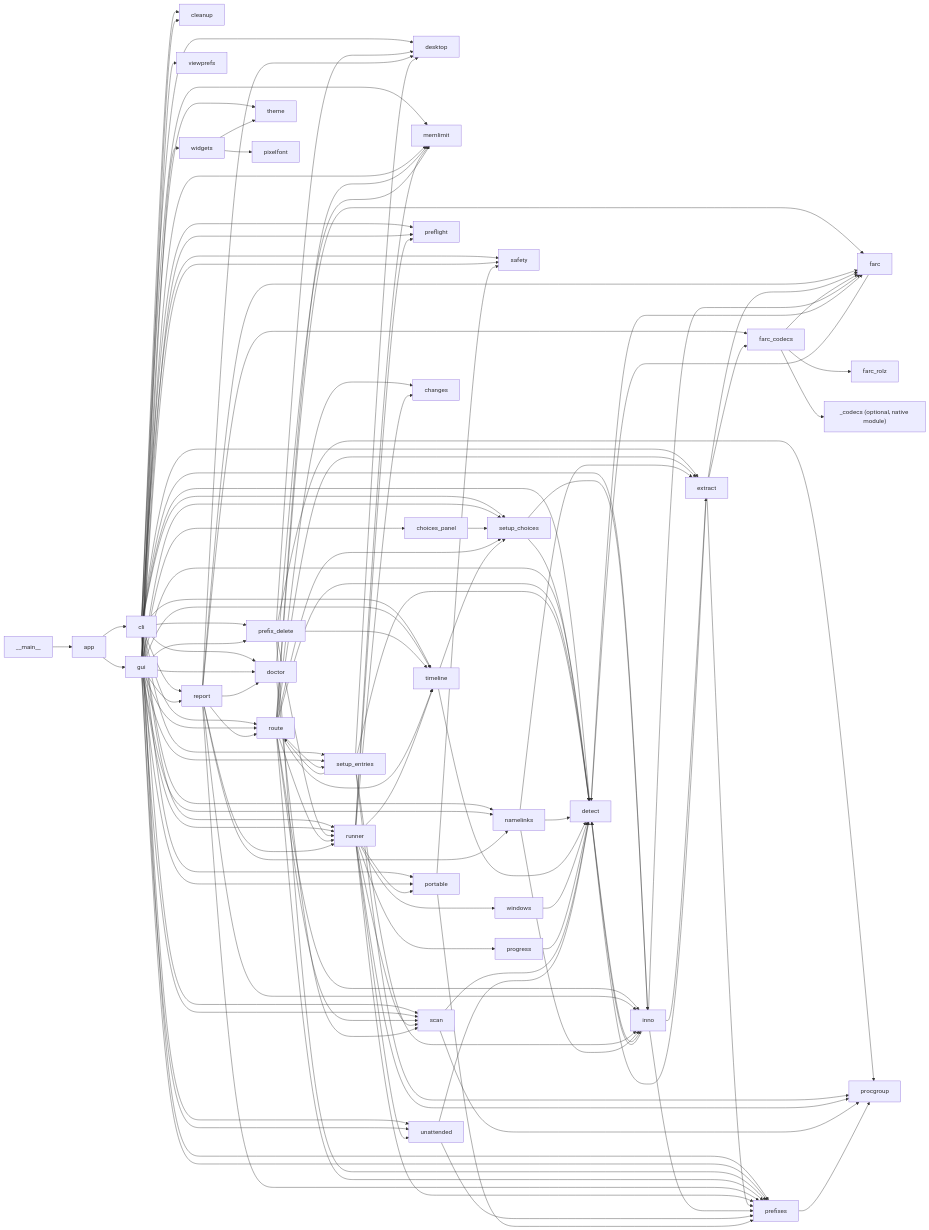
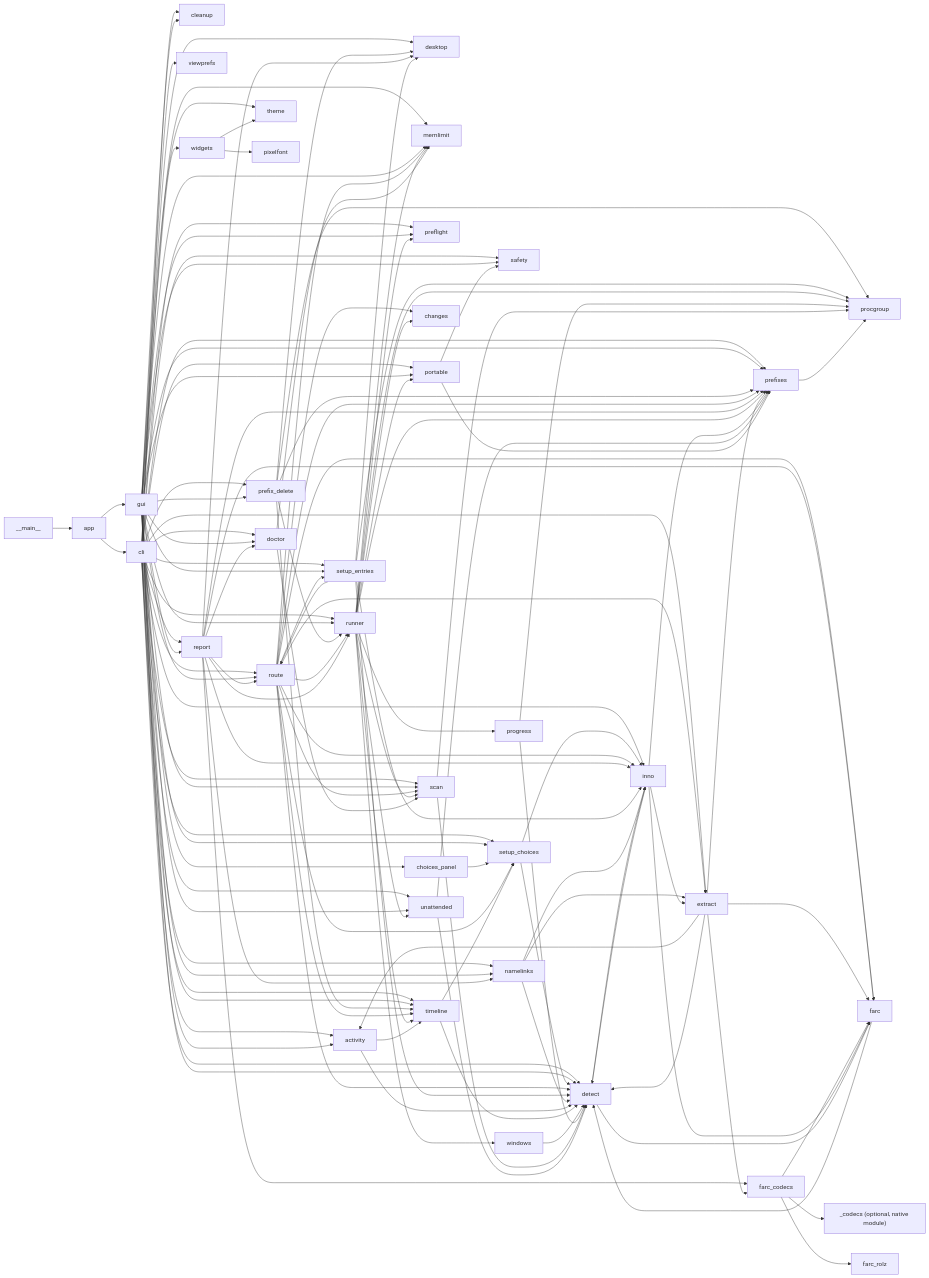
Before and after one commit to undecuple/gitfurl: the second of 6 diagrams in docs/code-map.md, drawn with Mermaid. The commit also changed other lines of this file and 16 other files, not shown here.

````diff
--- a/docs/code-map.md
+++ b/docs/code-map.md
@@ -67,32 +67,33 @@
 ```mermaid
 flowchart LR
   main["__main__"] --> app
   app --> cli & gui
-  cli --> cleanup & desktop & detect & doctor & extract & inno & memlimit & namelinks & portable & prefix_delete & prefixes & preflight & report & route & runner & safety & scan & setup_choices & setup_entries & timeline & unattended
-  gui --> choices_panel & cleanup & detect & doctor & memlimit & namelinks & portable & prefix_delete & prefixes & preflight & report & route & runner & safety & scan & setup_choices & setup_entries & theme & timeline & unattended & viewprefs & widgets
+  cli --> activity & cleanup & desktop & detect & doctor & extract & inno & memlimit & namelinks & portable & prefix_delete & prefixes & preflight & report & route & runner & safety & scan & setup_choices & setup_entries & timeline & unattended
+  gui --> activity & choices_panel & cleanup & detect & doctor & memlimit & namelinks & portable & prefix_delete & prefixes & preflight & report & route & runner & safety & scan & setup_choices & setup_entries & theme & timeline & unattended & viewprefs & widgets
   choices_panel --> setup_choices
   setup_choices --> detect & inno
   route --> setup_choices
   timeline --> setup_choices
   prefix_delete --> desktop & prefixes & procgroup & runner & timeline
   route --> changes & detect & extract & farc & inno & memlimit & prefixes & runner & scan & setup_entries & timeline
   report --> desktop & doctor & farc & farc_codecs & inno & namelinks & prefixes & route & runner
   setup_entries --> desktop & detect & inno & procgroup & route
   runner --> changes & memlimit & portable & prefixes & preflight & procgroup & progress & scan & timeline & unattended & windows
   namelinks --> detect & extract & inno
-  extract --> detect & farc & farc_codecs & prefixes
+  extract --> activity & detect & farc & farc_codecs & prefixes
+  activity --> detect & timeline
   farc_codecs --> farc & farc_rolz & codecsmod
   inno --> detect & extract & farc & prefixes
   detect --> farc & inno
   farc --> detect
   timeline --> detect
   windows --> detect
-  progress --> detect
+  progress --> detect & procgroup
   scan --> detect & procgroup
   unattended --> detect & prefixes
   doctor --> memlimit & scan
   portable --> prefixes & safety
   prefixes --> procgroup
   widgets --> pixelfont & theme
   codecsmod["_codecs (optional, native module)"]
 ```
````
